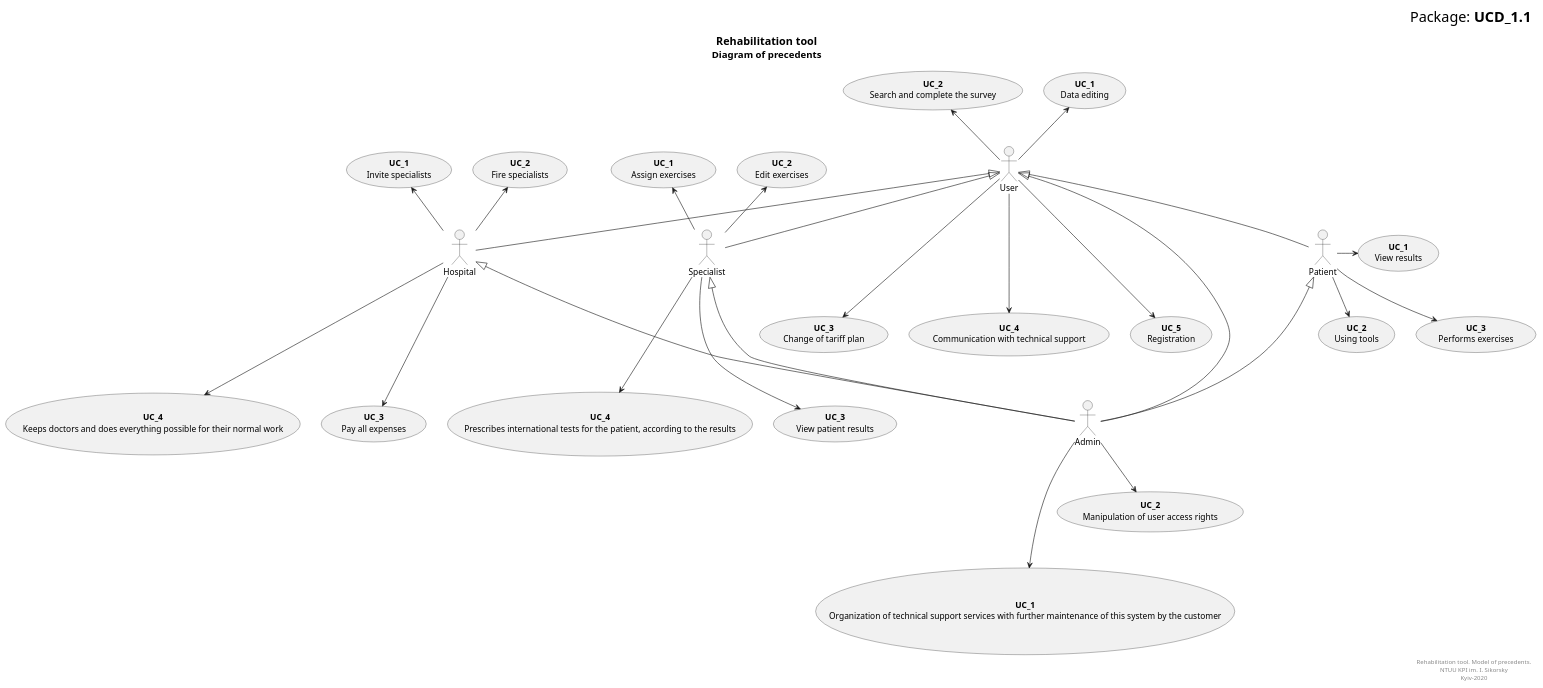
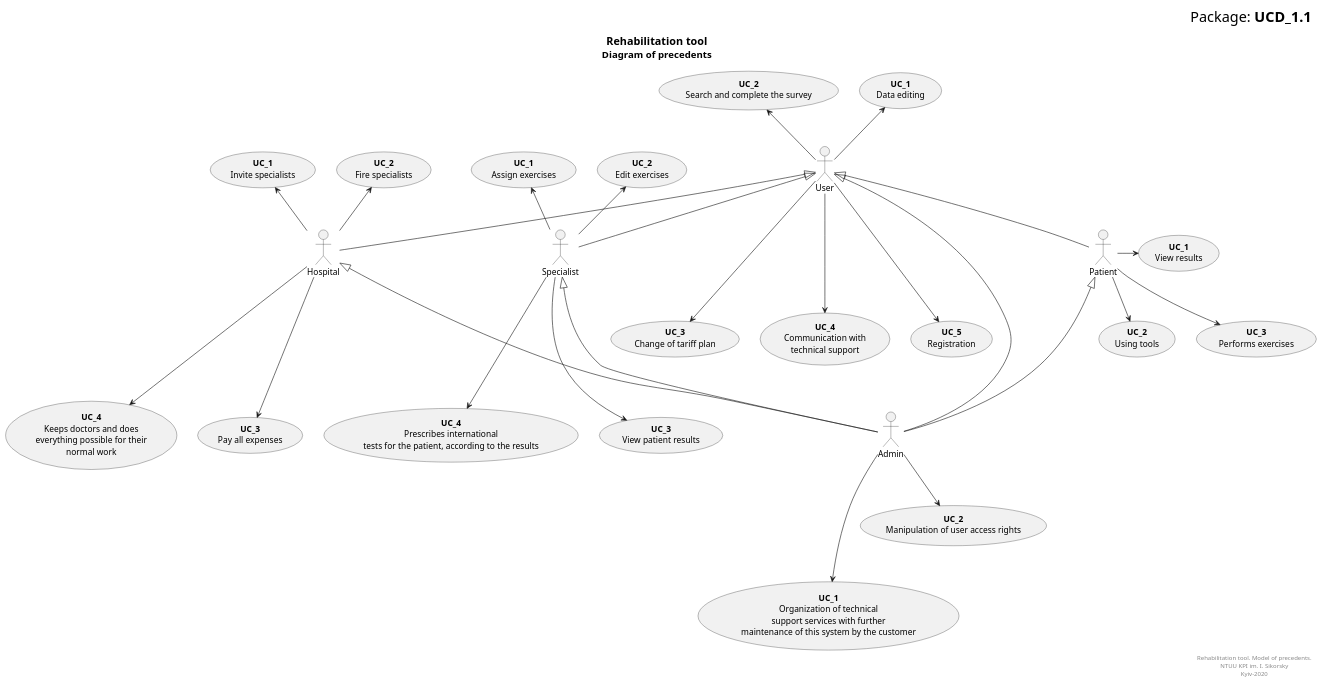
One commit to kpi-db-group/kpi-db-group changed the diagram in uml/general/model_view.pu. Above: the diagram before and after it, drawn with PlantUML.

```diff
--- a/uml/general/model_view.pu
+++ b/uml/general/model_view.pu
@@ -1,85 +1,85 @@
-@startuml ModelView
+@startuml
 right header
 <font size=24 color=black>Package: <b>UCD_1.1
 end header
 
 title
 <font size=18 color=black>Rehabilitation tool
 <font size=16 color=black>Diagram of precedents
 end title
 
 actor "User" as User
 actor "Patient" as Patient
 actor "Specialist" as Specialist
 actor "Hospital" as Hospital
 actor "Admin" as Admin
 
 ' UCes for User:
 usecase "<b>UC_1</b>\nData editing" as UC1_User
 usecase "<b>UC_2</b>\nSearch and complete the survey" as UC2_User
 usecase "<b>UC_3</b>\nChange of tariff plan" as UC3_User
-usecase "<b>UC_4</b>\nCommunication with technical support" as UC4_User
+usecase "<b>UC_4</b>\nCommunication with\ntechnical support" as UC4_User
 usecase "<b>UC_5</b>\nRegistration" as UC5_User
 
 ' UCes for Patient:
 usecase "<b>UC_1</b>\nView results" as UC1_Patient
 usecase "<b>UC_2</b>\nUsing tools" as UC2_Patient
 usecase "<b>UC_3</b>\nPerforms exercises" as UC3_Patient
 
 ' UCes for Specialist:
 usecase "<b>UC_1</b>\nAssign exercises" as UC1_Specialist
 usecase "<b>UC_2</b>\nEdit exercises" as UC2_Specialist
 usecase "<b>UC_3</b>\nView patient results" as UC3_Specialist
-usecase "<b>UC_4</b>\nPrescribes international tests for the patient, according to the results" as UC4_Specialist
+usecase "<b>UC_4</b>\nPrescribes international\ntests for the patient, according to the results" as UC4_Specialist
 
 ' UCes for Hospital:
 usecase "<b>UC_1</b>\nInvite specialists" as UC1_Hospital
 usecase "<b>UC_2</b>\nFire specialists" as UC2_Hospital
 usecase "<b>UC_3</b>\nPay all expenses" as UC3_Hospital
-usecase "<b>UC_4</b>\nKeeps doctors and does everything possible for their normal work" as UC4_Hospital
+usecase "<b>UC_4</b>\nKeeps doctors and does\neverything possible for their\nnormal work" as UC4_Hospital
 
 ' UCes for Admin:
-usecase "<b>UC_1</b>\nOrganization of technical support services with further maintenance of this system by the customer" as UC1_Admin
+usecase "<b>UC_1</b>\nOrganization of technical\nsupport services with further\nmaintenance of this system by the customer" as UC1_Admin
 usecase "<b>UC_2</b>\nManipulation of user access rights" as UC2_Admin
 
 ' Actors connections
 Patient -u-|> User
 Specialist -u-|> User
 Hospital -u-|> User
 
 Admin -u--|> User
 Admin -u--|> Patient
 Admin -u--|> Specialist
 Admin -u--|> Hospital
 
 ' UCes connectios
 
 User -u-> UC1_User
 User -u-> UC2_User
 User -d--> UC3_User
 User -d--> UC4_User
 User -d--> UC5_User
 
 Patient -r-> UC1_Patient
 Patient -d-> UC2_Patient
 Patient -d-> UC3_Patient
 
 Specialist -u-> UC1_Specialist
 Specialist -u-> UC2_Specialist
 Specialist -d--> UC3_Specialist
 Specialist -d--> UC4_Specialist
 
 Hospital -u-> UC1_Hospital
 Hospital -u-> UC2_Hospital
 Hospital -d--> UC3_Hospital
 Hospital -d--> UC4_Hospital
 
 Admin -d--> UC1_Admin
 Admin -d-> UC2_Admin
 
 right footer
 Rehabilitation tool. Model of precedents.
 NTUU KPI im. I. Sikorsky
 Kyiv-2020
 end footer
 @enduml
```
